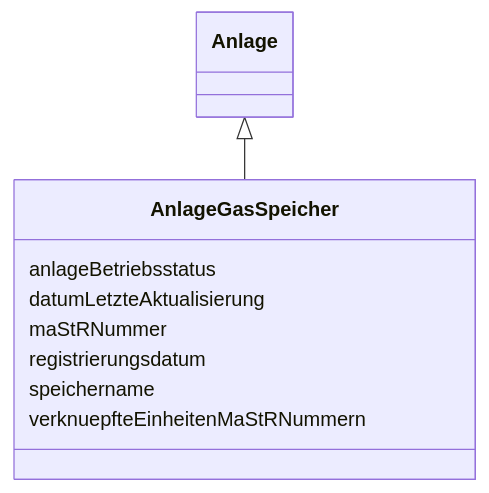
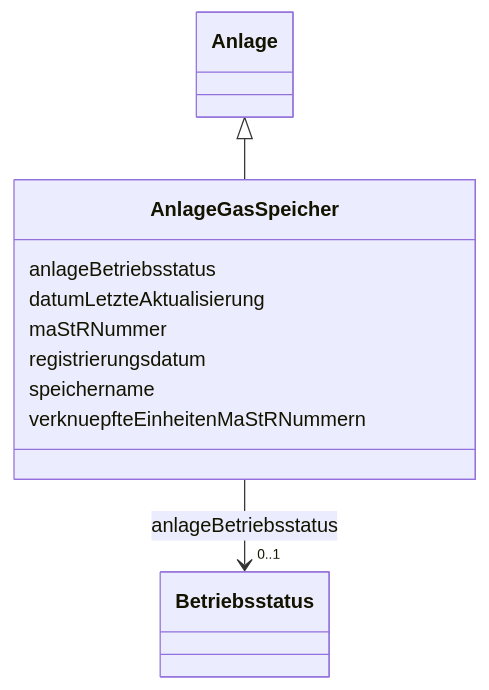
One commit to FlorianK13/mastr-model changed the diagram in docs/schema/classes/AnlageGasSpeicher.md. Above: the diagram before and after it, drawn with Mermaid. The commit also changed other lines of this file and 86 other files, not shown here.

````diff
--- a/docs/schema/classes/AnlageGasSpeicher.md
+++ b/docs/schema/classes/AnlageGasSpeicher.md
@@ -18,21 +18,30 @@
 ```mermaid
  classDiagram
     class AnlageGasSpeicher
     click AnlageGasSpeicher href "../../classes/AnlageGasSpeicher/"
       Anlage <|-- AnlageGasSpeicher
         click Anlage href "../../classes/Anlage/"
       
       AnlageGasSpeicher : anlageBetriebsstatus
+        
+          
+    
+        
+        
+        AnlageGasSpeicher --> "0..1" Betriebsstatus : anlageBetriebsstatus
+        click Betriebsstatus href "../../enums/Betriebsstatus/"
+    
+
         
       AnlageGasSpeicher : datumLetzteAktualisierung
         
       AnlageGasSpeicher : maStRNummer
         
       AnlageGasSpeicher : registrierungsdatum
         
       AnlageGasSpeicher : speichername
         
       AnlageGasSpeicher : verknuepfteEinheitenMaStRNummern
         
       
 ```
````
